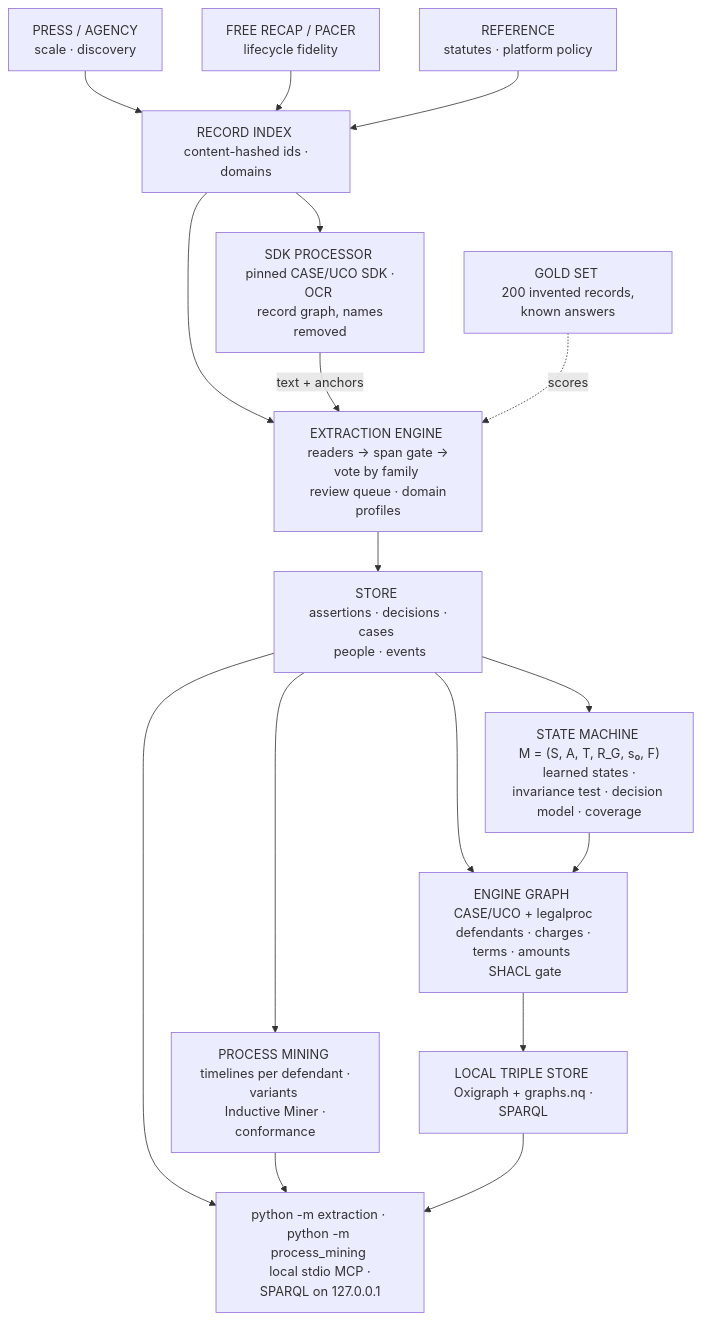
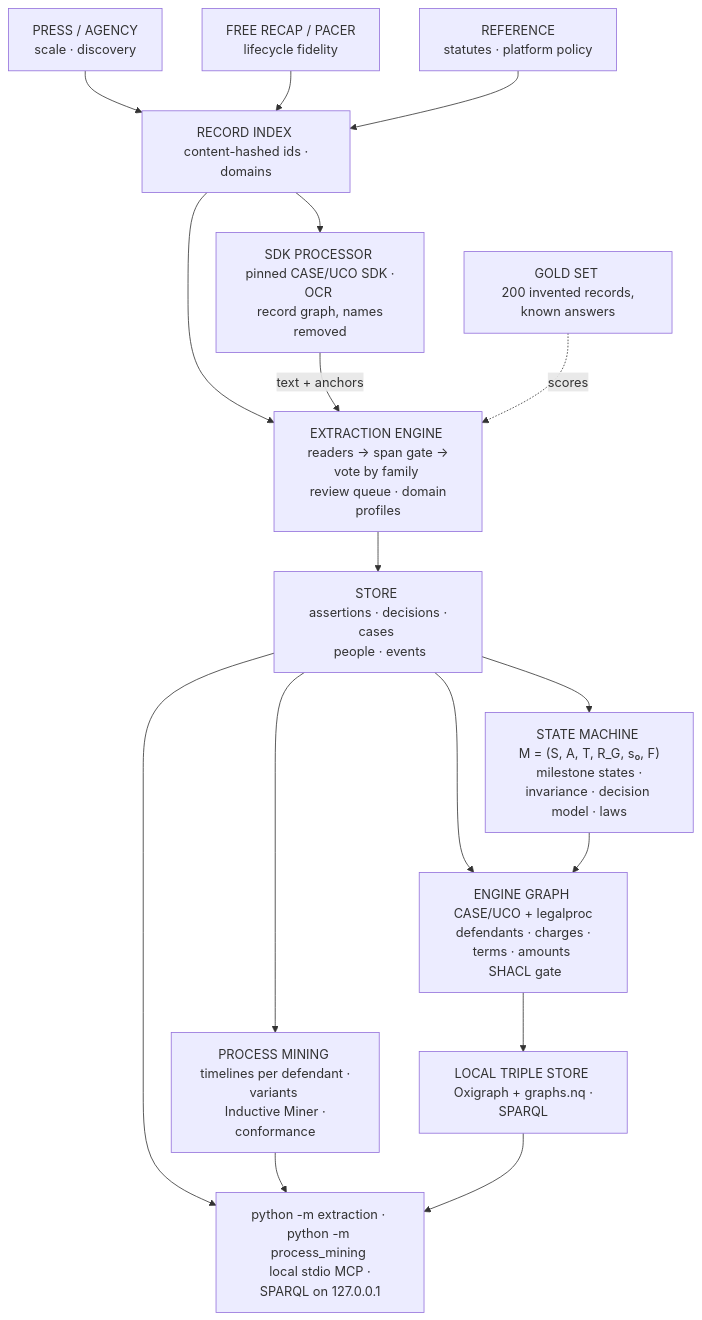
One commit to mrinaalr/CaseNoesis changed the diagram in README.md. Above: the diagram before and after it, drawn with Mermaid. The commit also changed other lines of this file and 16 other files, not shown here.

First line of the commit message:
state machine reworked: milestone states aligned to the CAC backbone, an invariance test that separates states from acts, laws, the exploitation predicate, cutoff sensitivity

````diff
--- a/README.md
+++ b/README.md
@@ -32,27 +32,27 @@
 ```mermaid
 flowchart TD
     P["PRESS / AGENCY <br/> scale · discovery"]
     C["FREE RECAP / PACER <br/> lifecycle fidelity"]
     F["REFERENCE <br/> statutes · platform policy"]
 
     P --> IDX["RECORD INDEX <br/> content-hashed ids · domains"]
     C --> IDX
     F --> IDX
 
     IDX --> SDK["SDK PROCESSOR <br/> pinned CASE/UCO SDK · OCR <br/> record graph, names removed"]
     IDX --> ENG
     SDK -->|"text + anchors"| ENG["EXTRACTION ENGINE <br/> readers → span gate → vote by family <br/> review queue · domain profiles"]
 
     ENG --> STORE["STORE <br/> assertions · decisions · cases <br/> people · events"]
     STORE --> PM["PROCESS MINING <br/> timelines per defendant · variants <br/> Inductive Miner · conformance"]
     GOLD["GOLD SET <br/> 200 invented records, known answers"] -.->|"scores"| ENG
     STORE --> KG["ENGINE GRAPH <br/> CASE/UCO + legalproc <br/> defendants · charges · terms · amounts <br/> SHACL gate"]
 
-    STORE --> ESM["STATE MACHINE <br/> M = (S, A, T, R_G, s₀, F) <br/> learned states · invariance test · decision model · coverage"]
+    STORE --> ESM["STATE MACHINE <br/> M = (S, A, T, R_G, s₀, F) <br/> milestone states · invariance · decision model · laws"]
     ESM --> KG
 
     KG --> OX["LOCAL TRIPLE STORE <br/> Oxigraph + graphs.nq · SPARQL"]
     STORE --> API["python -m extraction · python -m process_mining <br/> local stdio MCP · SPARQL on 127.0.0.1"]
     PM --> API
     OX --> API
 ```
````
